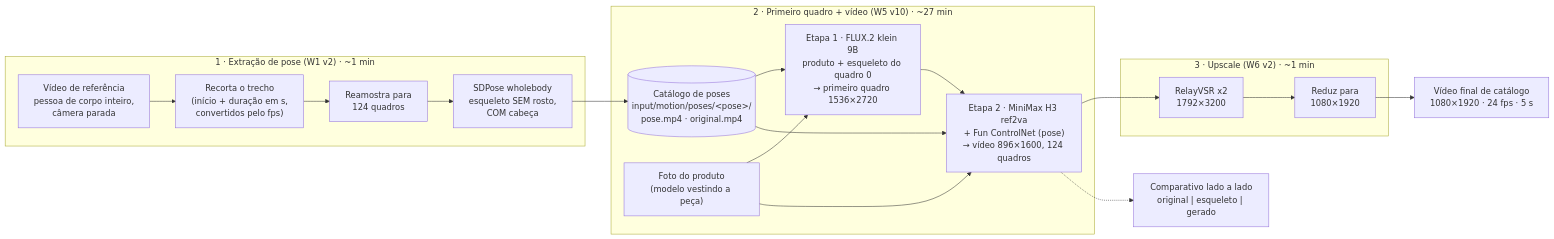
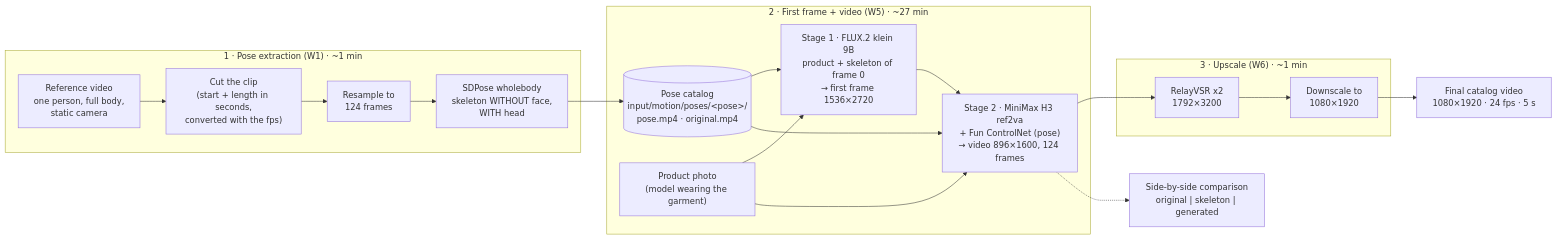
Before and after one commit to LuanVelo/fashion-pose-to-video: the diagram in README.md, drawn with Mermaid. The commit also changed other lines of this file and 51 other files, not shown here.

````diff
--- a/README.md
+++ b/README.md
@@ -32,26 +32,26 @@
 ```mermaid
 flowchart LR
-    subgraph P1["1 · Extração de pose (W1 v2) · ~1 min"]
-        A["Vídeo de referência<br/>pessoa de corpo inteiro,<br/>câmera parada"] --> B["Recorta o trecho<br/>(início + duração em s,<br/>convertidos pelo fps)"]
-        B --> C["Reamostra para<br/>124 quadros"]
-        C --> D["SDPose wholebody<br/>esqueleto SEM rosto,<br/>COM cabeça"]
+    subgraph P1["1 · Pose extraction (W1) · ~1 min"]
+        A["Reference video<br/>one person, full body,<br/>static camera"] --> B["Cut the clip<br/>(start + length in seconds,<br/>converted with the fps)"]
+        B --> C["Resample to<br/>124 frames"]
+        C --> D["SDPose wholebody<br/>skeleton WITHOUT face,<br/>WITH head"]
     end
 
-    D --> K[("Catálogo de poses<br/>input/motion/poses/#lt;pose#gt;/<br/>pose.mp4 · original.mp4")]
+    D --> K[("Pose catalog<br/>input/motion/poses/#lt;pose#gt;/<br/>pose.mp4 · original.mp4")]
 
-    subgraph P2["2 · Primeiro quadro + vídeo (W5 v10) · ~27 min"]
-        E["Foto do produto<br/>(modelo vestindo a peça)"] --> F["Etapa 1 · FLUX.2 klein 9B<br/>produto + esqueleto do quadro 0<br/>→ primeiro quadro 1536×2720"]
+    subgraph P2["2 · First frame + video (W5) · ~27 min"]
+        E["Product photo<br/>(model wearing the garment)"] --> F["Stage 1 · FLUX.2 klein 9B<br/>product + skeleton of frame 0<br/>→ first frame 1536×2720"]
         K --> F
-        F --> G["Etapa 2 · MiniMax H3 ref2va<br/>+ Fun ControlNet (pose)<br/>→ vídeo 896×1600, 124 quadros"]
+        F --> G["Stage 2 · MiniMax H3 ref2va<br/>+ Fun ControlNet (pose)<br/>→ video 896×1600, 124 frames"]
         K --> G
         E --> G
     end
 
-    subgraph P3["3 · Upscale (W6 v2) · ~1 min"]
-        H["RelayVSR x2<br/>1792×3200"] --> I["Reduz para<br/>1080×1920"]
+    subgraph P3["3 · Upscale (W6) · ~1 min"]
+        H["RelayVSR x2<br/>1792×3200"] --> I["Downscale to<br/>1080×1920"]
     end
 
     G --> H
-    I --> J["Vídeo final de catálogo<br/>1080×1920 · 24 fps · 5 s"]
-    G -.-> L["Comparativo lado a lado<br/>original | esqueleto | gerado"]
+    I --> J["Final catalog video<br/>1080×1920 · 24 fps · 5 s"]
+    G -.-> L["Side-by-side comparison<br/>original | skeleton | generated"]
 ```
````
